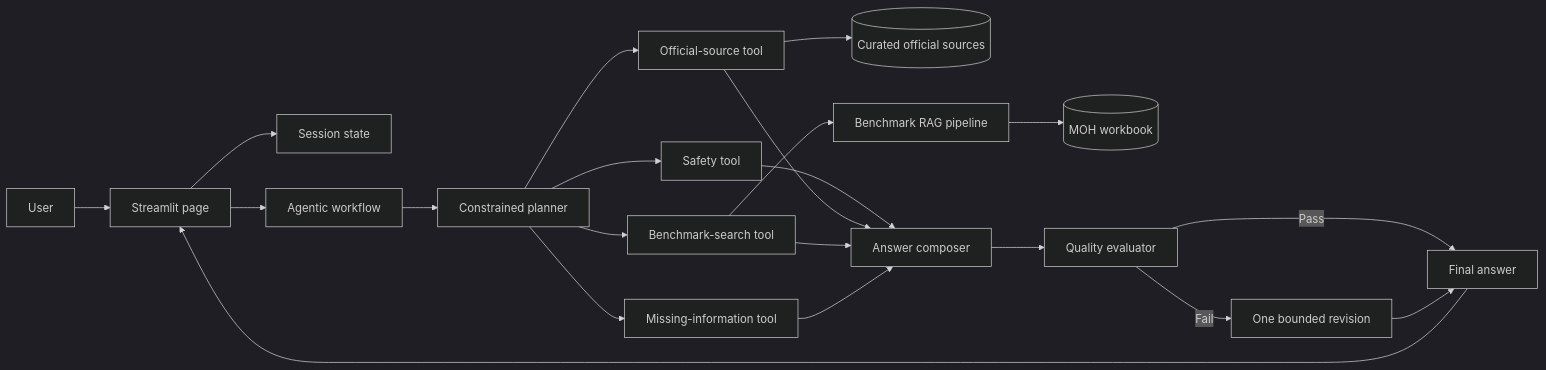
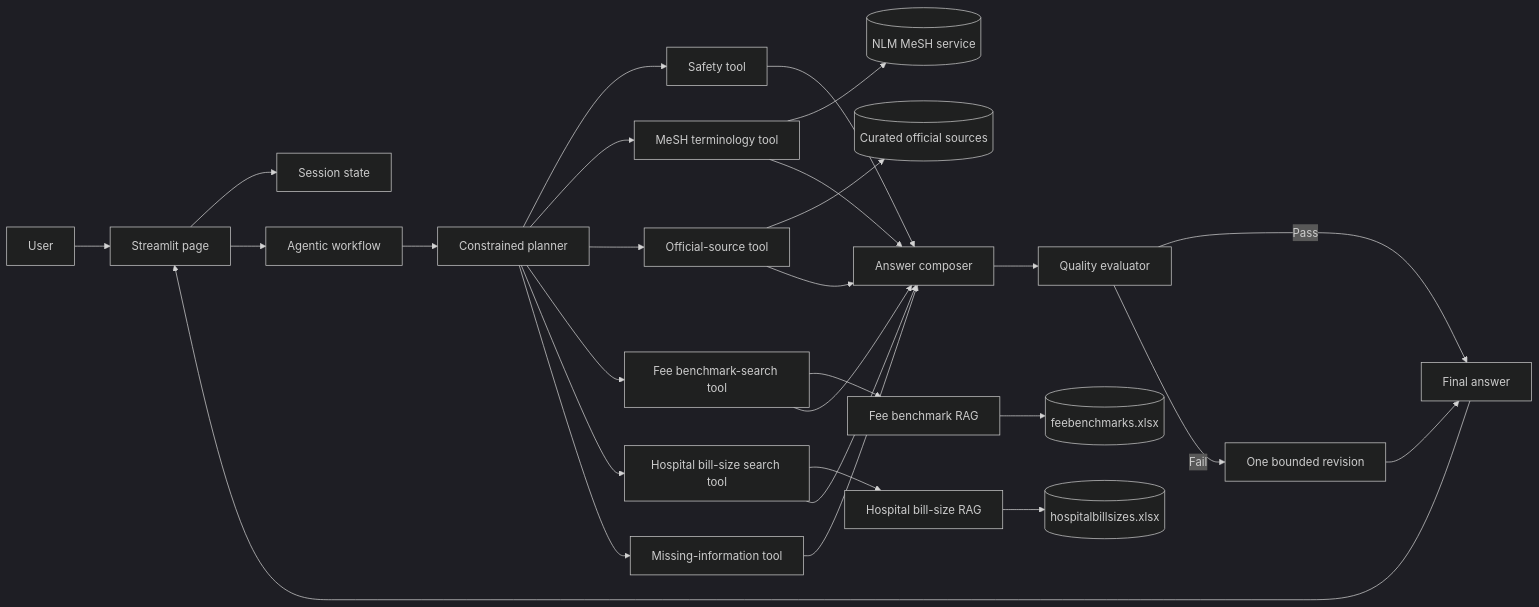
The first of 2 diagrams in docs/HOW_THE_APP_WORKS.md (chawwl/CareCost-Navigator), drawn with Mermaid (dark theme) before and after one commit. The commit also changed other lines of this file and 12 other files, not shown here.

````diff
--- a/docs/HOW_THE_APP_WORKS.md
+++ b/docs/HOW_THE_APP_WORKS.md
@@ -31,26 +32,33 @@
 ```mermaid
 flowchart LR
     U[User] --> UI[Streamlit page]
     UI --> S[Session state]
     UI --> W[Agentic workflow]
 
     W --> P[Constrained planner]
     P --> T1[Safety tool]
-    P --> T2[Official-source tool]
-    P --> T3[Benchmark-search tool]
-    P --> T4[Missing-information tool]
+    P --> T2[MeSH terminology tool]
+    P --> T3[Official-source tool]
+    P --> T4[Fee benchmark-search tool]
+    P --> T5[Hospital bill-size search tool]
+    P --> T6[Missing-information tool]
 
-    T2 --> O[(Curated official sources)]
-    T3 --> R[Benchmark RAG pipeline]
-    R --> X[(MOH workbook)]
+    T2 --> M[(NLM MeSH service)]
+    T3 --> O[(Curated official sources)]
+    T4 --> R[Fee benchmark RAG]
+    T5 --> H[Hospital bill-size RAG]
+    R --> X[(feebenchmarks.xlsx)]
+    H --> Y[(hospitalbillsizes.xlsx)]
 
     T1 --> C[Answer composer]
     T2 --> C
     T3 --> C
     T4 --> C
+    T5 --> C
+    T6 --> C
     C --> E[Quality evaluator]
     E -->|Pass| A[Final answer]
     E -->|Fail| V[One bounded revision]
     V --> A
     A --> UI
 ```
````
